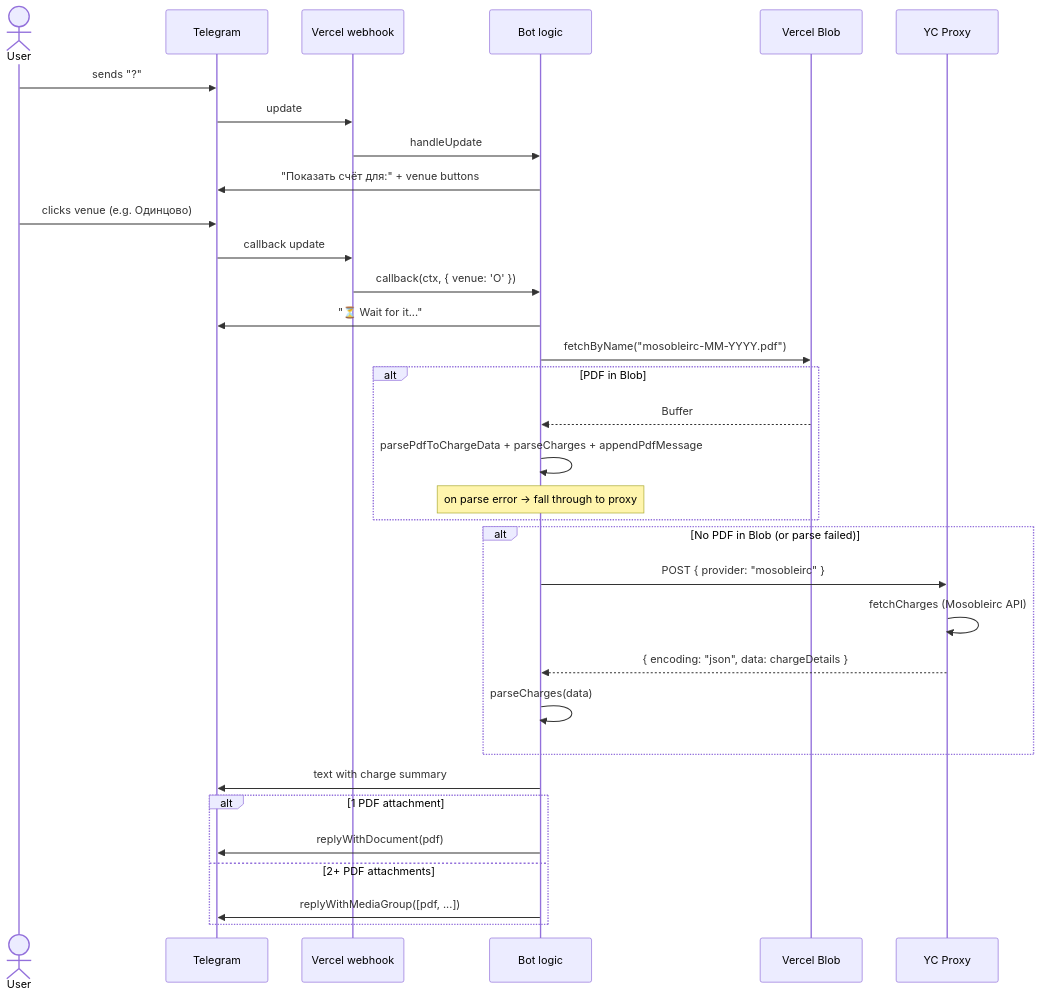
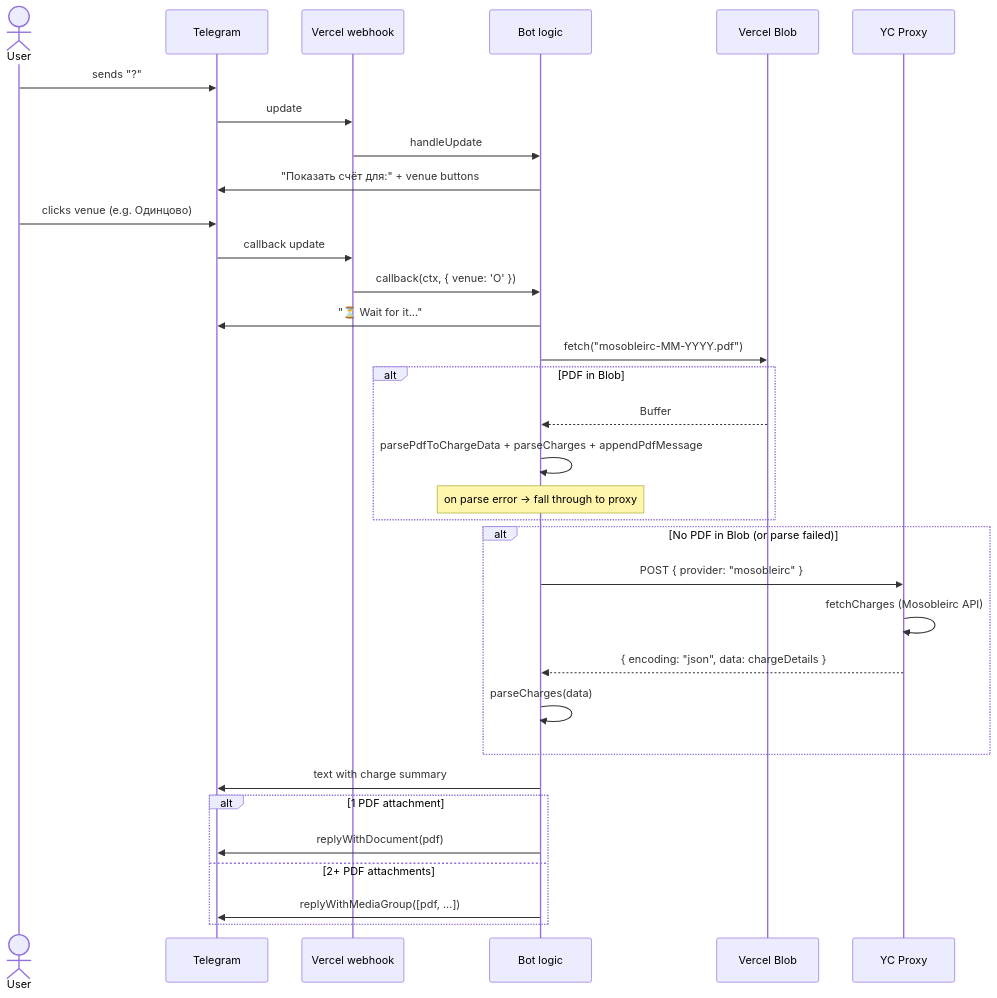
The second of 3 diagrams in docs/workflow.md (konclave/utility-bills-parse-bot), drawn with Mermaid before and after one commit. The commit also changed 2 other files, not shown here.

Commit message:
fix: delete stale package-lock.json, update workflow.md diagram, rename test variable

````diff
--- a/docs/workflow.md
+++ b/docs/workflow.md
@@ -67,42 +67,42 @@
 ```mermaid
 sequenceDiagram
     actor User
     participant TG as Telegram
     participant WH as Vercel webhook
     participant BOT as Bot logic
     participant BLOB as Vercel Blob
     participant PROXY as YC Proxy
 
     User->>TG: sends "?"
     TG->>WH: update
     WH->>BOT: handleUpdate
     BOT->>TG: "Показать счёт для:" + venue buttons
 
     User->>TG: clicks venue (e.g. Одинцово)
     TG->>WH: callback update
     WH->>BOT: callback(ctx, { venue: 'O' })
     BOT->>TG: "⏳ Wait for it..."
 
-    BOT->>BLOB: fetchByName("mosobleirc-MM-YYYY.pdf")
+    BOT->>BLOB: fetch("mosobleirc-MM-YYYY.pdf")
 
     alt PDF in Blob
         BLOB-->>BOT: Buffer
         BOT->>BOT: parsePdfToChargeData + parseCharges + appendPdfMessage
         Note over BOT: on parse error → fall through to proxy
     end
 
     alt No PDF in Blob (or parse failed)
         BOT->>PROXY: POST { provider: "mosobleirc" }
         PROXY->>PROXY: fetchCharges (Mosobleirc API)
         PROXY-->>BOT: { encoding: "json", data: chargeDetails }
         BOT->>BOT: parseCharges(data)
     end
 
     BOT->>TG: text with charge summary
 
     alt 1 PDF attachment
         BOT->>TG: replyWithDocument(pdf)
     else 2+ PDF attachments
         BOT->>TG: replyWithMediaGroup([pdf, ...])
     end
 ```
````
